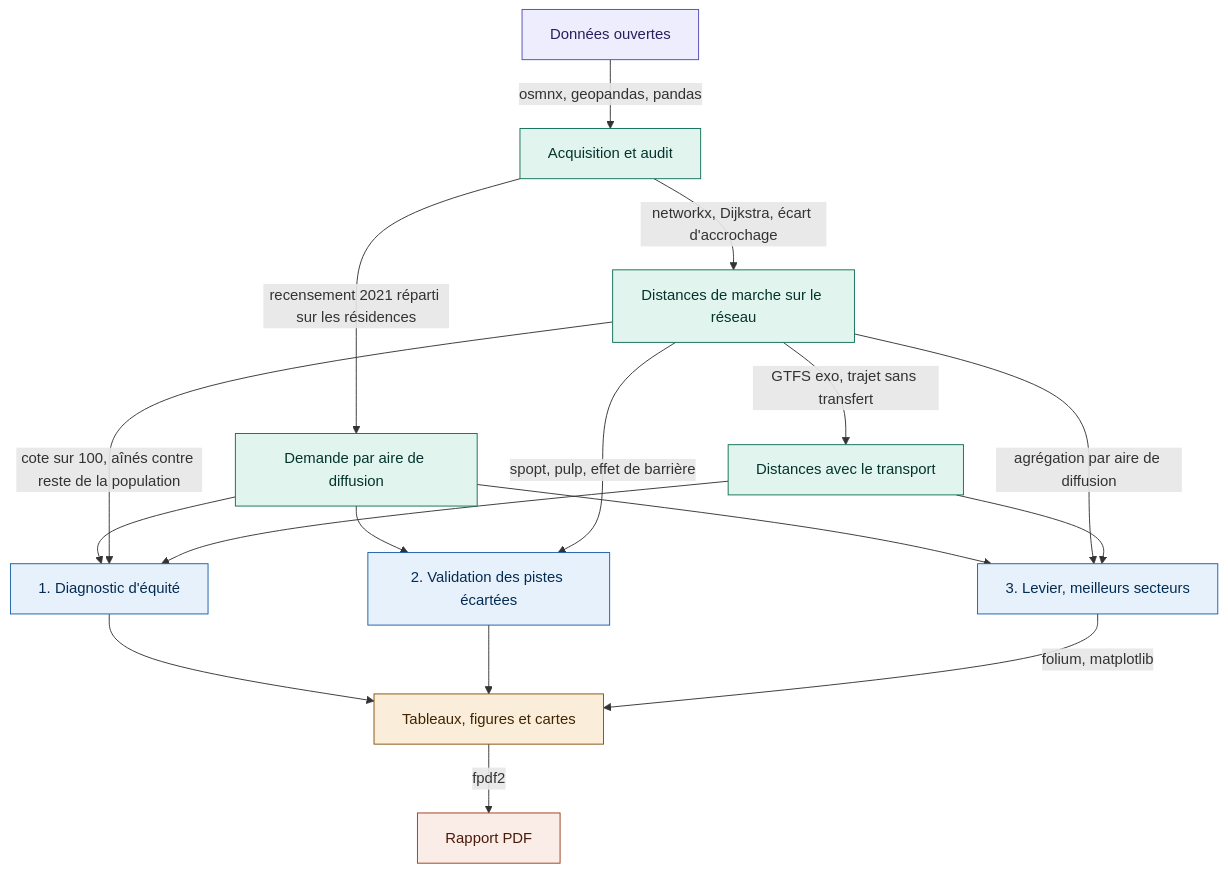
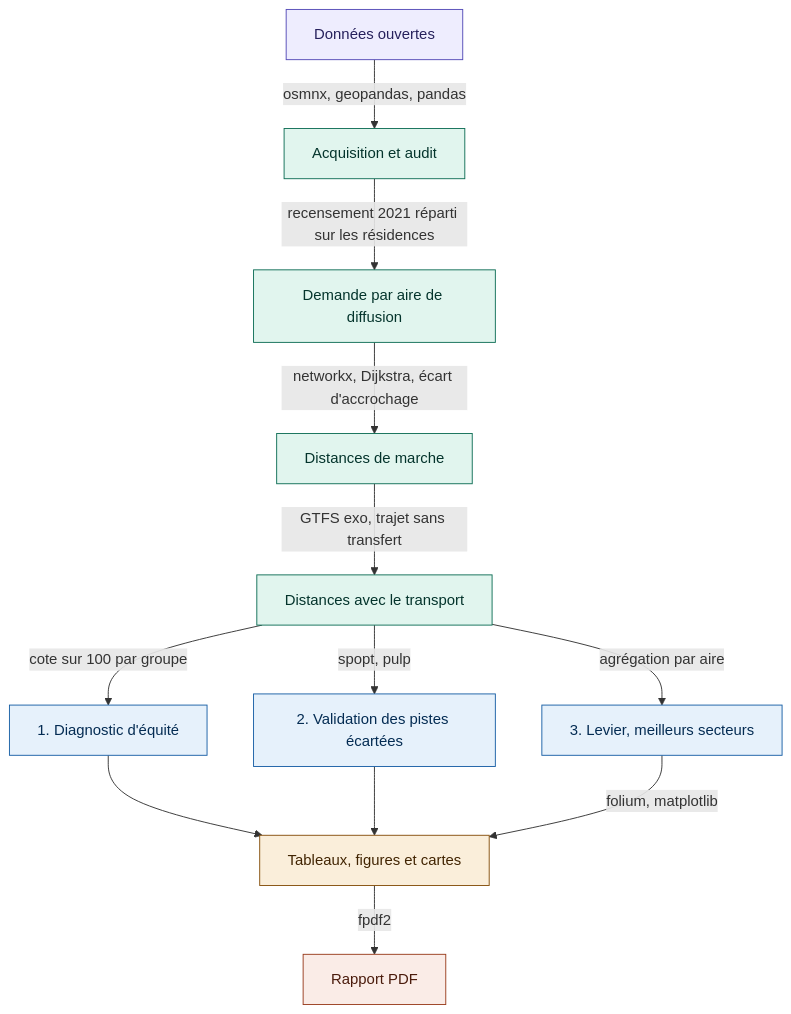
One commit to girm8601/GMQ580_PS_MGiraldeau changed the diagram in README.md. Above: the diagram before and after it, drawn with Mermaid. The commit also changed other lines of this file, not shown here.

Commit message:
docs: simplify pipeline diagram to a single column with one fan-out

````diff
--- a/README.md
+++ b/README.md
@@ -81,34 +81,25 @@
 ```mermaid
 flowchart TD
     A[Données ouvertes] -->|osmnx, geopandas, pandas| B[Acquisition et audit]
     B -->|recensement 2021 réparti sur les résidences| C[Demande par aire de diffusion]
-    B -->|networkx, Dijkstra, écart d'accrochage| D[Distances de marche sur le réseau]
+    C -->|networkx, Dijkstra, écart d'accrochage| D[Distances de marche]
     D -->|GTFS exo, trajet sans transfert| E[Distances avec le transport]
-
-    C --> F[1. Diagnostic d'équité]
-    D -->|cote sur 100, aînés contre reste de la population| F
-    E --> F
-
-    C --> G[2. Validation des pistes écartées]
-    D -->|spopt, pulp, effet de barrière| G
-
-    C --> H[3. Levier, meilleurs secteurs]
-    D -->|agrégation par aire de diffusion| H
-    E --> H
-
+    E -->|cote sur 100 par groupe| F[1. Diagnostic d'équité]
+    E -->|spopt, pulp| G[2. Validation des pistes écartées]
+    E -->|agrégation par aire| H[3. Levier, meilleurs secteurs]
     F --> I[Tableaux, figures et cartes]
     G --> I
     H -->|folium, matplotlib| I
     I -->|fpdf2| J[Rapport PDF]
 
     style A fill:#EEEDFE,stroke:#534AB7,color:#26215C
     style B fill:#E1F5EE,stroke:#0F6E56,color:#04342C
     style C fill:#E1F5EE,stroke:#0F6E56,color:#04342C
     style D fill:#E1F5EE,stroke:#0F6E56,color:#04342C
     style E fill:#E1F5EE,stroke:#0F6E56,color:#04342C
     style F fill:#E6F1FB,stroke:#185FA5,color:#042C53
     style G fill:#E6F1FB,stroke:#185FA5,color:#042C53
     style H fill:#E6F1FB,stroke:#185FA5,color:#042C53
     style I fill:#FAEEDA,stroke:#854F0B,color:#412402
     style J fill:#FAECE7,stroke:#993C1D,color:#4A1B0C
 ```
````
